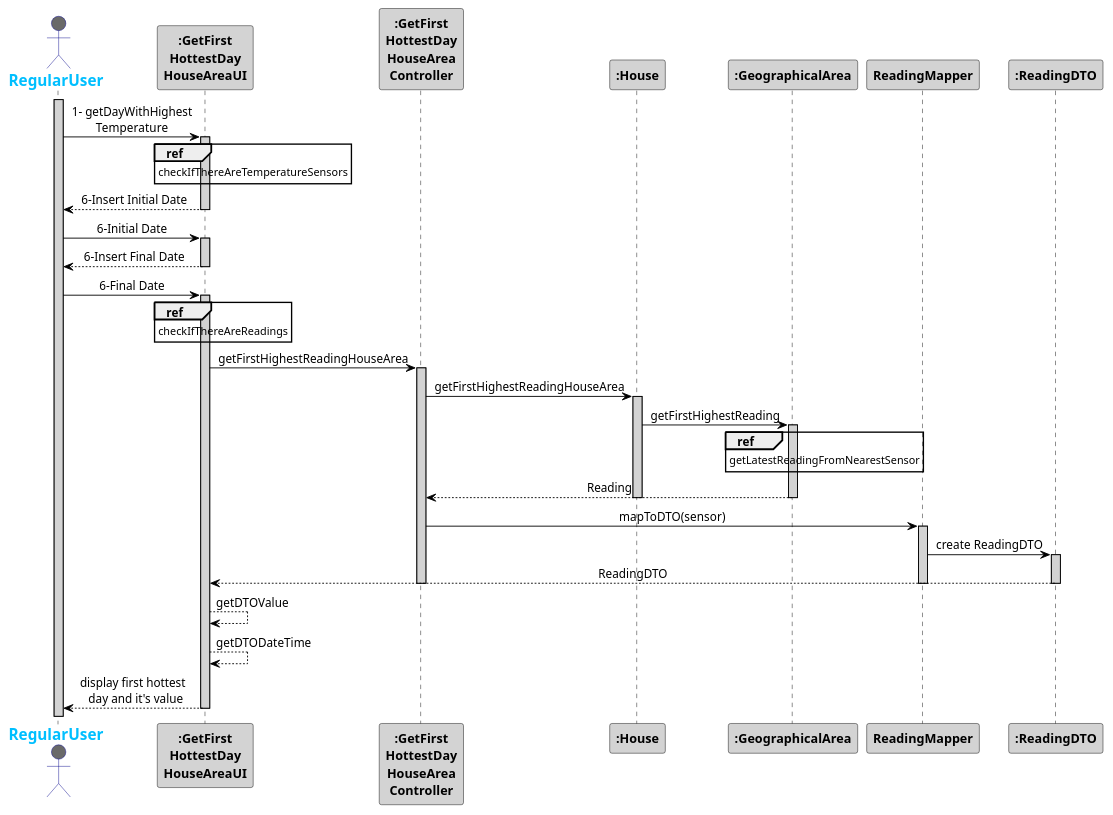
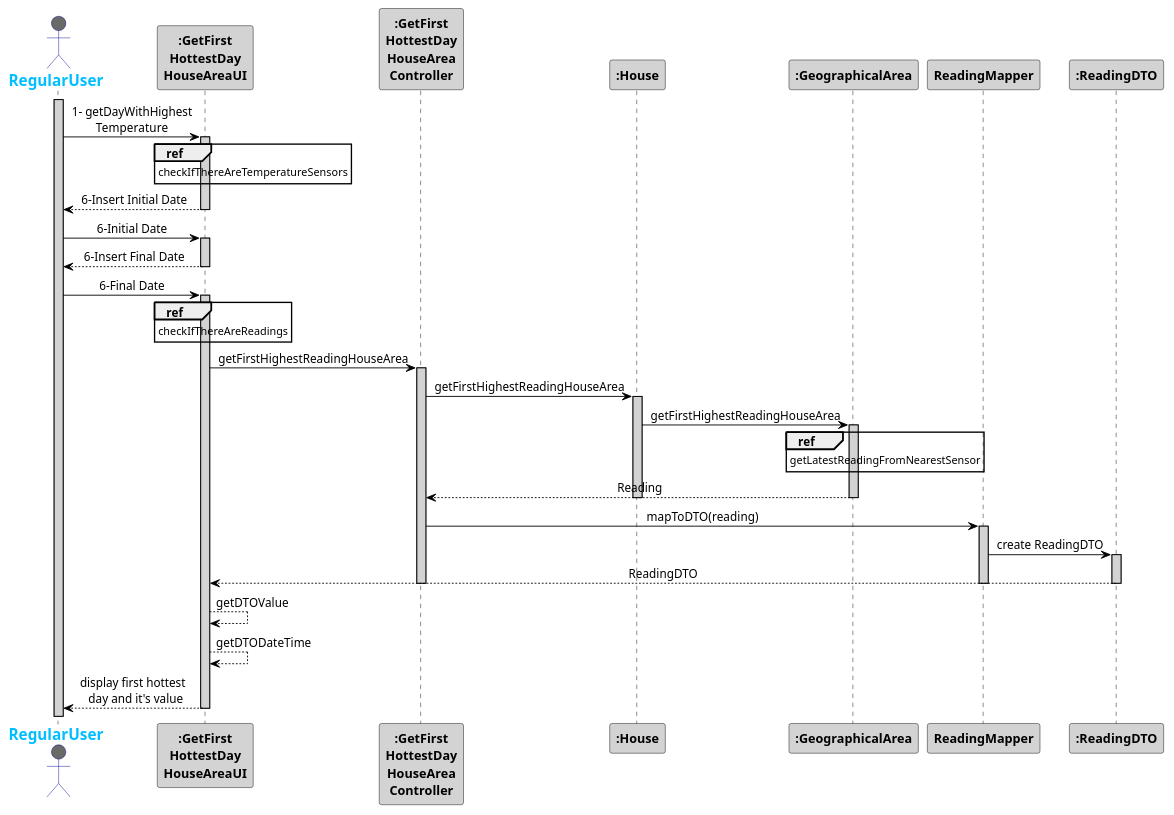
Before and after one commit to 1181687/hateoasToy: the diagram in src/main/java/pt/ipp/isep/dei/project/controllers/getFirstHottestDayHouseAreaController/SD_SequenceDiagramModel.puml, drawn with PlantUML. The commit also changed 1 other file, not shown here.

Commit message:
Addresses #121 - Updated sequence diagram. Added one more reference.

```diff
--- a/src/main/java/pt/ipp/isep/dei/project/controllers/getFirstHottestDayHouseAreaController/SD_SequenceDiagramModel.puml
+++ b/src/main/java/pt/ipp/isep/dei/project/controllers/getFirstHottestDayHouseAreaController/SD_SequenceDiagramModel.puml
@@ -1,71 +1,71 @@
 @startuml
 skinparam sequenceMessageAlign center
 skinparam sequence {
     ArrowColor Black
     ActorBorderColor DarkBlue
     LifeLineBorderColor black
     LifeLineBackgroundColor LightGrey
 
     ParticipantBorderColor Black
     ParticipantBackgroundColor LightGrey
     ParticipantFontStyle Bold
 
     ActorBackgroundColor DimGrey
     ActorFontColor DeepSkyBlue
     ActorFontStyle Bold
     ActorFontSize 17
     ActorFontName Aapex
 }
 
 actor RegularUser
 activate RegularUser
 RegularUser -> ":GetFirst\nHottestDay\nHouseAreaUI": 1- getDayWithHighest\nTemperature
 ref over ":GetFirst\nHottestDay\nHouseAreaUI"
 checkIfThereAreTemperatureSensors
 end
 activate ":GetFirst\nHottestDay\nHouseAreaUI"
 
 
 
 ":GetFirst\nHottestDay\nHouseAreaUI" --> "RegularUser": 6-Insert Initial Date
 deactivate ":GetFirst\nHottestDay\nHouseAreaUI"
 ":GetFirst\nHottestDay\nHouseAreaUI" <- "RegularUser": 6-Initial Date
 activate ":GetFirst\nHottestDay\nHouseAreaUI"
 ":GetFirst\nHottestDay\nHouseAreaUI" --> "RegularUser": 6-Insert Final Date
 deactivate ":GetFirst\nHottestDay\nHouseAreaUI"
 ":GetFirst\nHottestDay\nHouseAreaUI" <- "RegularUser": 6-Final Date
 activate ":GetFirst\nHottestDay\nHouseAreaUI"
 ref over ":GetFirst\nHottestDay\nHouseAreaUI"
 checkIfThereAreReadings
 end
 ":GetFirst\nHottestDay\nHouseAreaUI" -> ":GetFirst\nHottestDay\nHouseArea\nController": getFirstHighestReadingHouseArea
 activate ":GetFirst\nHottestDay\nHouseArea\nController"
 ":GetFirst\nHottestDay\nHouseArea\nController" -> ":House": getFirstHighestReadingHouseArea
 activate ":House"
-":House" ->":GeographicalArea": getFirstHighestReading
+":House" ->":GeographicalArea": getFirstHighestReadingHouseArea
 activate ":GeographicalArea"
 ref over ":GeographicalArea"
 getLatestReadingFromNearestSensor
 end
 
 ":GeographicalArea" --> ":GetFirst\nHottestDay\nHouseArea\nController" :Reading
 deactivate ":GeographicalArea"
 deactivate ":House"
-":GetFirst\nHottestDay\nHouseArea\nController" ->"ReadingMapper": mapToDTO(sensor)
+":GetFirst\nHottestDay\nHouseArea\nController" ->"ReadingMapper": mapToDTO(reading)
 activate "ReadingMapper"
 "ReadingMapper" -> ":ReadingDTO": create ReadingDTO
 activate ":ReadingDTO"
 ":ReadingDTO" --> ":GetFirst\nHottestDay\nHouseAreaUI": ReadingDTO
 deactivate ":ReadingDTO"
 
 deactivate "ReadingMapper"
 deactivate ":GetFirst\nHottestDay\nHouseArea\nController"
 
 
 ":GetFirst\nHottestDay\nHouseAreaUI" --> ":GetFirst\nHottestDay\nHouseAreaUI" : getDTOValue
 ":GetFirst\nHottestDay\nHouseAreaUI" --> ":GetFirst\nHottestDay\nHouseAreaUI" : getDTODateTime
 
 ":GetFirst\nHottestDay\nHouseAreaUI" --> RegularUser : display first hottest \n day and it's value
 deactivate ":GetFirst\nHottestDay\nHouseAreaUI"
 
 @enduml
```
